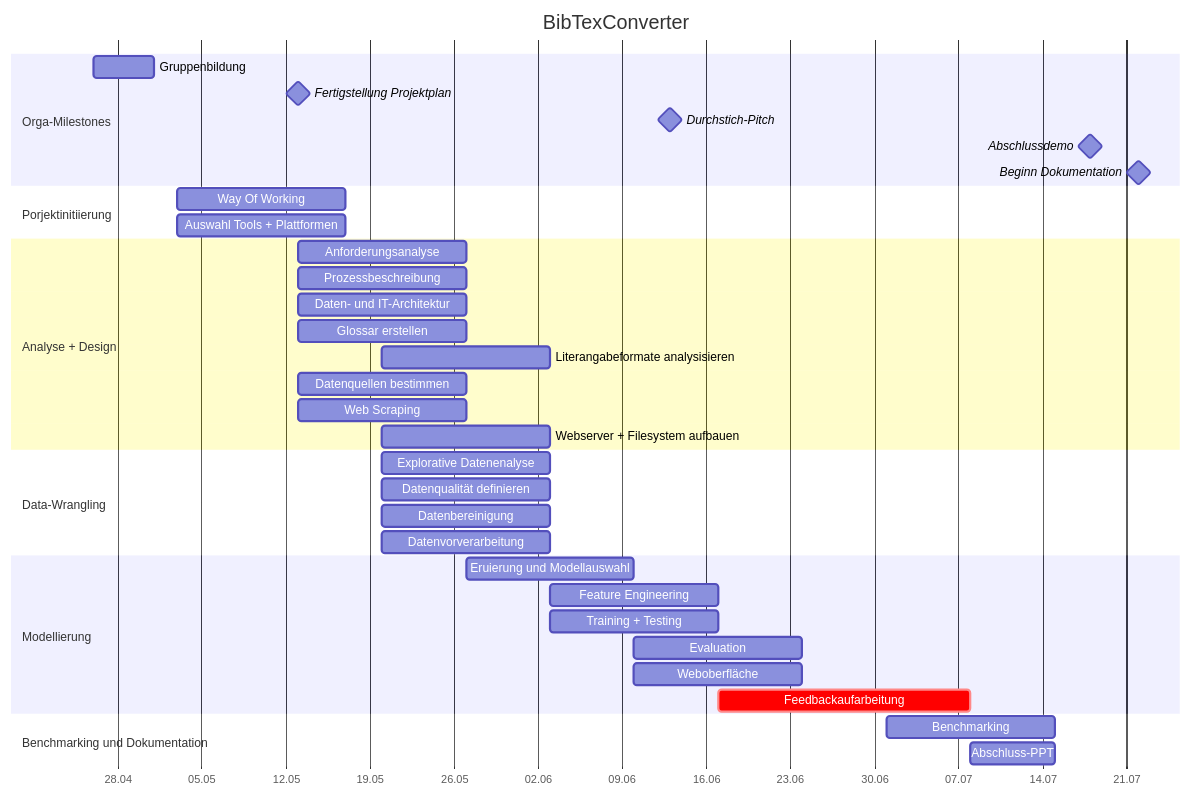
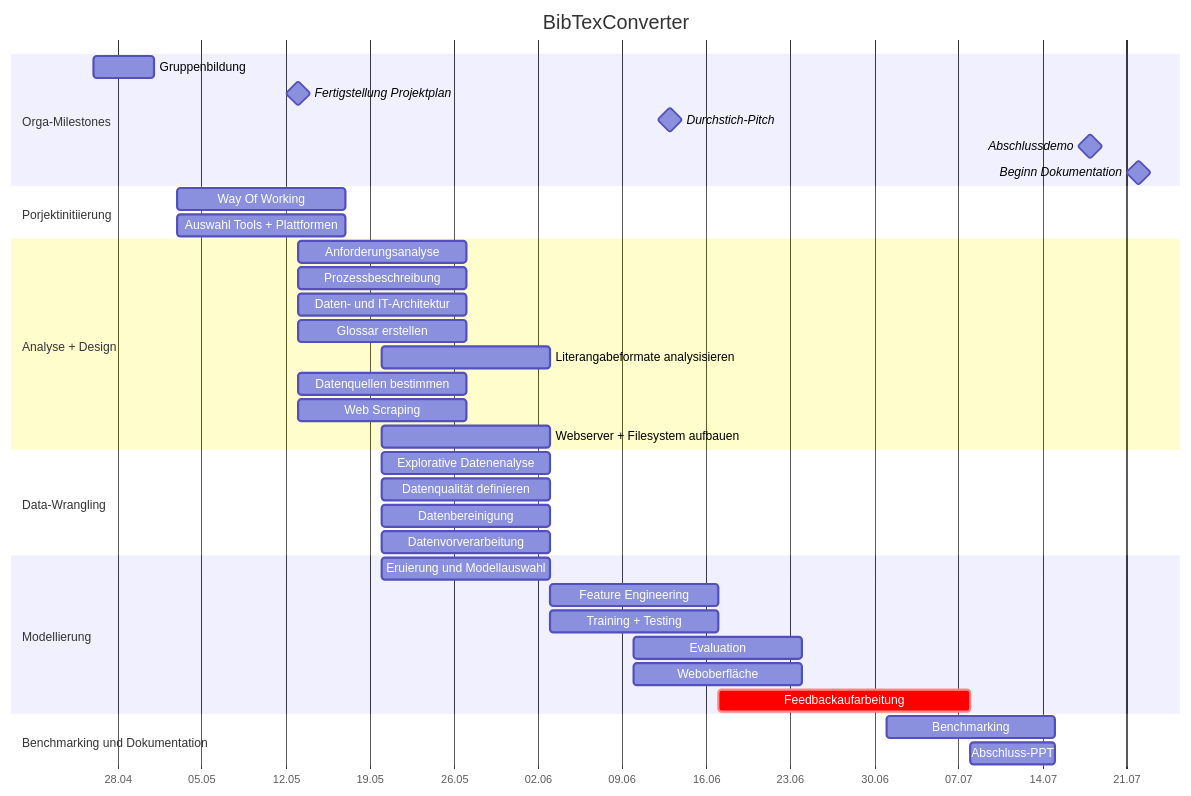
The diagram in README.md (LaGit93/bibTexConverter_FaPra63065), drawn with Mermaid before and after one commit.

```diff
--- a/README.md
+++ b/README.md
@@ -107,7 +107,7 @@
     
     section Modellierung
 
-        Eruierung und Modellauswahl : P9, 27.05.2024, 14d
+        Eruierung und Modellauswahl : P9, 20.05.2024, 14d
         Feature Engineering : P9, 03.06.2024, 14d
         Training + Testing : P9, 03.06.2024, 14d
         Evaluation : P9, 10.06.2024, 14d
```
